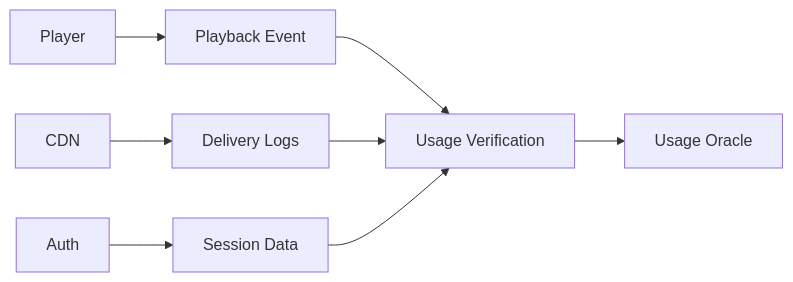
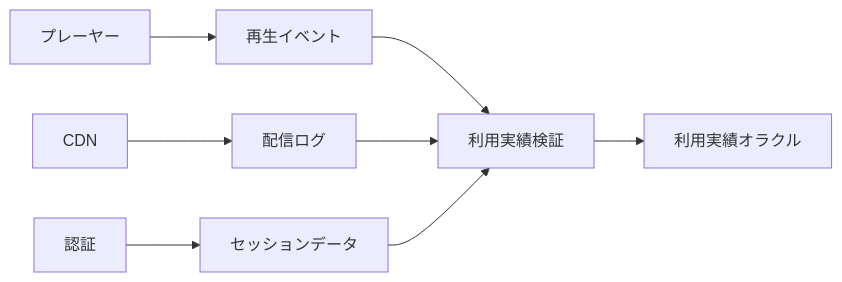
Before and after one commit to ShigeichiroYamasaki/creator-first-platform: diagram 11 of 27 in docs/whitepaper/04-platform-architecture.md, drawn with Mermaid. The commit also changed other lines of this file and 72 other files, not shown here.

````diff
--- a/docs/whitepaper/04-platform-architecture.md
+++ b/docs/whitepaper/04-platform-architecture.md
@@ -397,16 +397,16 @@
 ```mermaid
 flowchart LR
-    PLAYER[Player]
+    PLAYER[プレーヤー]
     CDN[CDN]
-    AUTH[Auth]
+    AUTH[認証]
 
-    PLAYER --> EVENT[Playback Event]
-    CDN --> LOG[Delivery Logs]
-    AUTH --> SESSION[Session Data]
+    PLAYER --> EVENT[再生イベント]
+    CDN --> LOG[配信ログ]
+    AUTH --> SESSION[セッションデータ]
 
-    EVENT --> VERIFY[Usage Verification]
+    EVENT --> VERIFY[利用実績検証]
     LOG --> VERIFY
     SESSION --> VERIFY
 
-    VERIFY --> ORACLE[Usage Oracle]
+    VERIFY --> ORACLE[利用実績オラクル]
 ```
````
